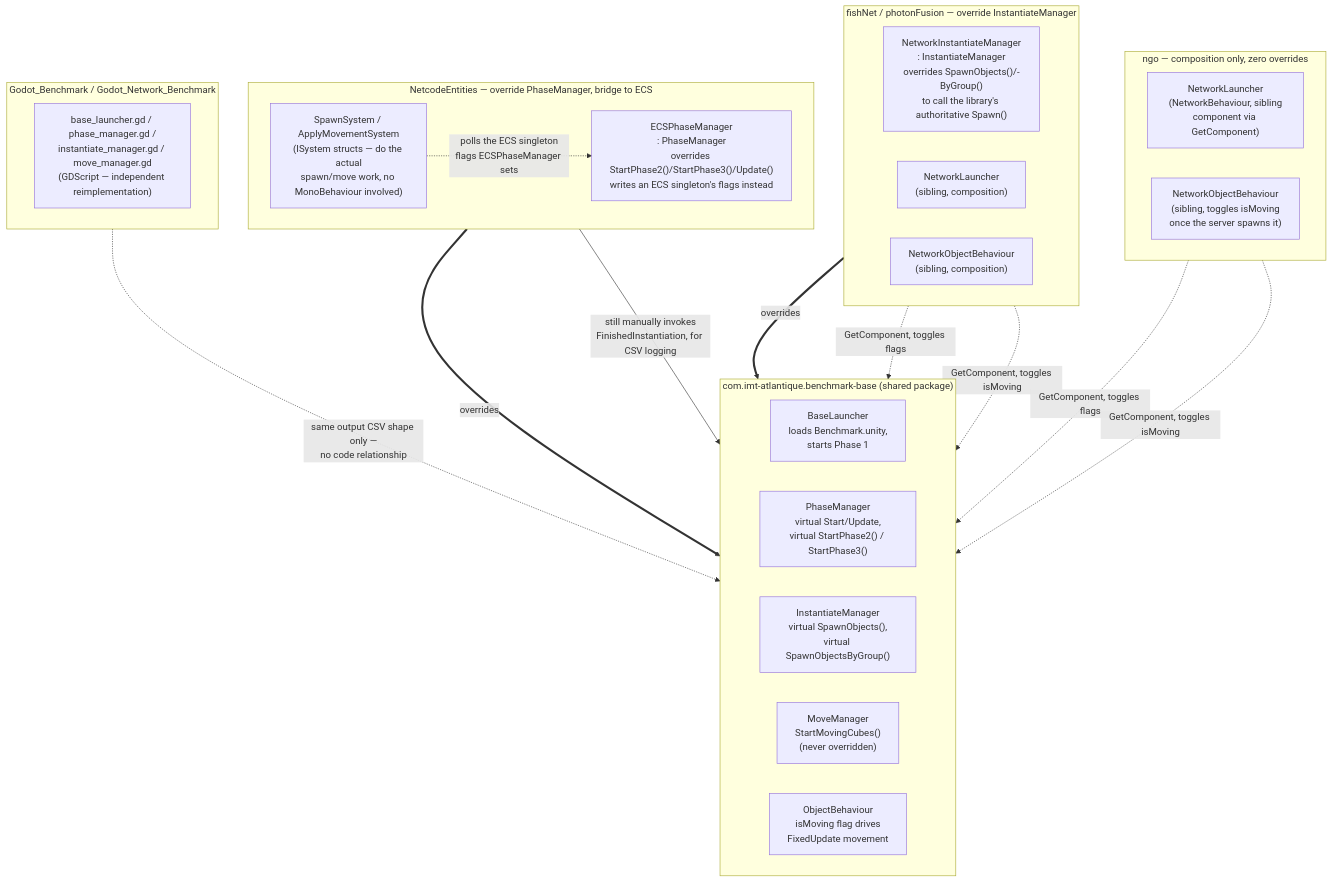
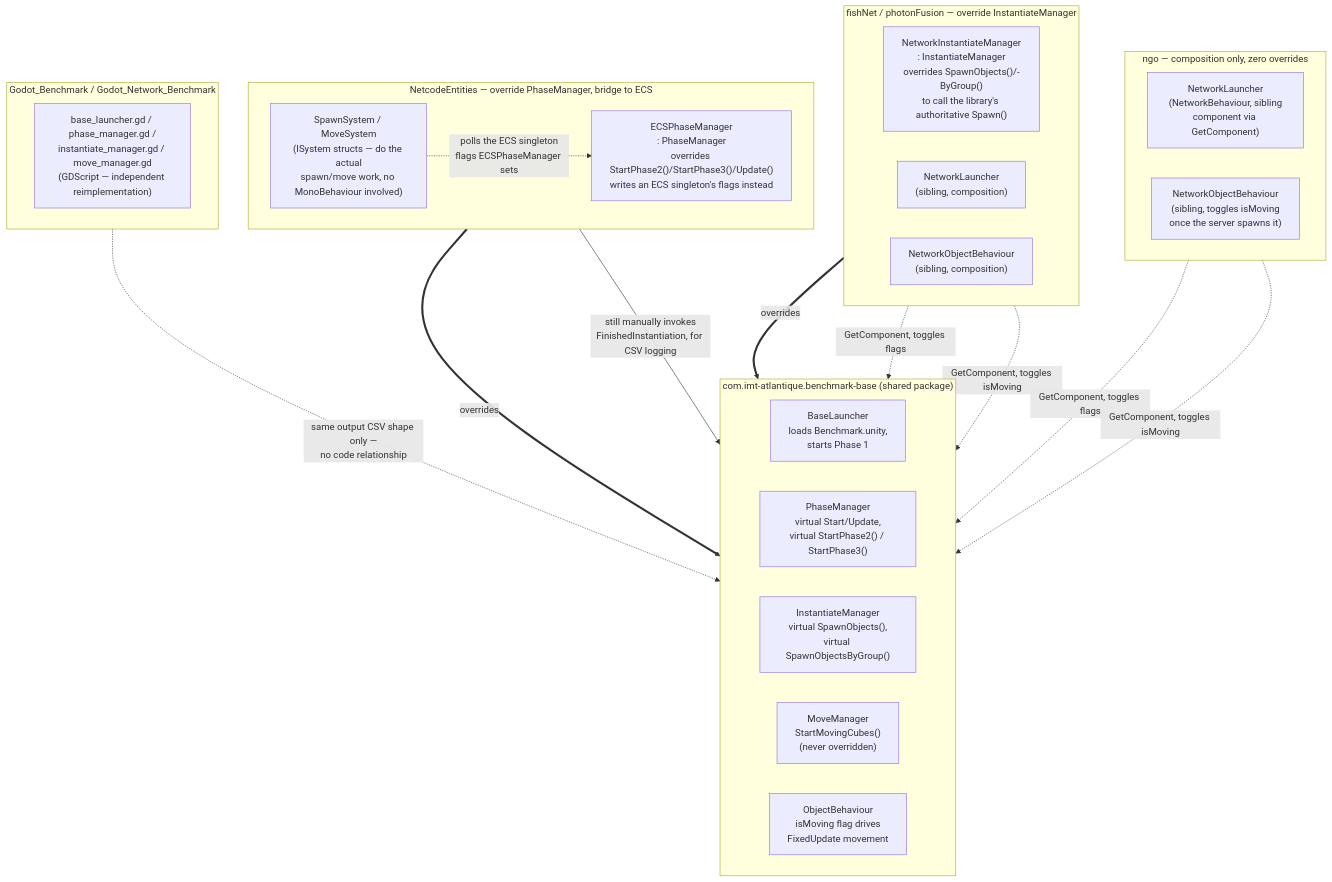
Before and after one commit to Grizfreak/network-data: the diagram in docs/architecture/c4-component-benchmark-base.md, drawn with Mermaid. The commit also changed other lines of this file, not shown here.

````diff
--- a/docs/architecture/c4-component-benchmark-base.md
+++ b/docs/architecture/c4-component-benchmark-base.md
@@ -14,48 +14,48 @@
 ```mermaid
 flowchart TB
     subgraph pkg["com.imt-atlantique.benchmark-base (shared package)"]
         direction LR
         BaseLauncher["BaseLauncher<br/>loads Benchmark.unity,<br/>starts Phase 1"]
         PhaseManager["PhaseManager<br/>virtual Start/Update,<br/>virtual StartPhase2() / StartPhase3()"]
         InstantiateManager["InstantiateManager<br/>virtual SpawnObjects(),<br/>virtual SpawnObjectsByGroup()"]
         MoveManager["MoveManager<br/>StartMovingCubes()<br/>(never overridden)"]
         ObjectBehaviour["ObjectBehaviour<br/>isMoving flag drives<br/>FixedUpdate movement"]
     end
 
     subgraph ngoGroup["ngo — composition only, zero overrides"]
         direction LR
         NGO_Launcher["NetworkLauncher<br/>(NetworkBehaviour, sibling<br/>component via GetComponent)"]
         NGO_ObjBehaviour["NetworkObjectBehaviour<br/>(sibling, toggles isMoving<br/>once the server spawns it)"]
     end
 
     subgraph fpGroup["fishNet / photonFusion — override InstantiateManager"]
         direction LR
         FP_InstMgr["NetworkInstantiateManager<br/>: InstantiateManager<br/>overrides SpawnObjects()/-ByGroup()<br/>to call the library's authoritative Spawn()"]
         FP_Launcher["NetworkLauncher<br/>(sibling, composition)"]
         FP_ObjBehaviour["NetworkObjectBehaviour<br/>(sibling, composition)"]
     end
 
     subgraph ecsGroup["NetcodeEntities — override PhaseManager, bridge to ECS"]
         direction LR
         ECS_PhaseMgr["ECSPhaseManager<br/>: PhaseManager<br/>overrides StartPhase2()/StartPhase3()/Update()<br/>writes an ECS singleton's flags instead"]
-        ECS_Systems["SpawnSystem / ApplyMovementSystem<br/>(ISystem structs — do the actual<br/>spawn/move work, no MonoBehaviour involved)"]
+        ECS_Systems["SpawnSystem / MoveSystem<br/>(ISystem structs — do the actual<br/>spawn/move work, no MonoBehaviour involved)"]
     end
 
     subgraph godotGroup["Godot_Benchmark / Godot_Network_Benchmark"]
         direction LR
         GodotScripts["base_launcher.gd / phase_manager.gd /<br/>instantiate_manager.gd / move_manager.gd<br/>(GDScript — independent reimplementation)"]
     end
 
     NGO_Launcher -. "GetComponent, toggles flags" .-> BaseLauncher
     NGO_ObjBehaviour -. "GetComponent, toggles isMoving" .-> ObjectBehaviour
 
     FP_InstMgr ==>|overrides| InstantiateManager
     FP_Launcher -. "GetComponent, toggles flags" .-> BaseLauncher
     FP_ObjBehaviour -. "GetComponent, toggles isMoving" .-> ObjectBehaviour
 
     ECS_PhaseMgr ==>|overrides| PhaseManager
     ECS_PhaseMgr -- "still manually invokes<br/>FinishedInstantiation, for CSV logging" --> InstantiateManager
     ECS_Systems -. "polls the ECS singleton<br/>flags ECSPhaseManager sets" .-> ECS_PhaseMgr
 
     GodotScripts -. "same output CSV shape only —<br/>no code relationship" .-> pkg
 ```
````
